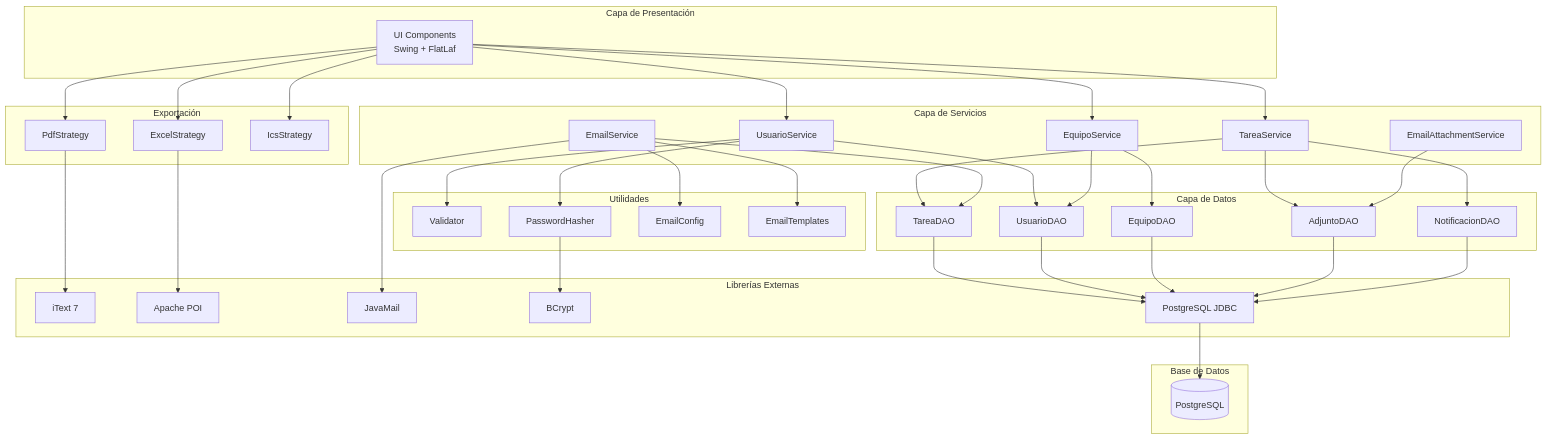
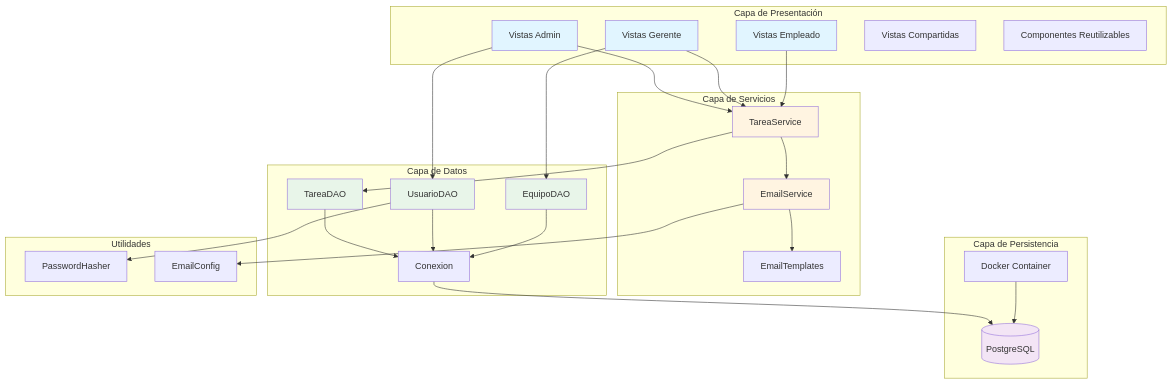
Before and after one commit to NandOwO/appTareas: the eighth of 8 diagrams in docs/DIAGRAMAS_UML.md, drawn with Mermaid. The commit also changed other lines of this file and 33 other files, not shown here.

````diff
--- a/docs/DIAGRAMAS_UML.md
+++ b/docs/DIAGRAMAS_UML.md
@@ -402,81 +393,65 @@
 ```mermaid
 graph TB
     subgraph "Capa de Presentación"
-        UI[UI Components<br/>Swing + FlatLaf]
+        UI_ADMIN[Vistas Admin]
+        UI_GERENTE[Vistas Gerente]
+        UI_EMPLEADO[Vistas Empleado]
+        UI_SHARED[Vistas Compartidas]
+        COMPONENTS[Componentes Reutilizables]
     end
     
     subgraph "Capa de Servicios"
-        TS[TareaService]
-        US[UsuarioService]
-        ES_SVC[EquipoService]
-        EMAIL[EmailService]
-        ATTACH[EmailAttachmentService]
+        TAREA_SERVICE[TareaService]
+        EMAIL_SERVICE[EmailService]
+        EMAIL_TEMPLATES[EmailTemplates]
     end
     
     subgraph "Capa de Datos"
-        TD[TareaDAO]
-        UD[UsuarioDAO]
-        ED[EquipoDAO]
-        AD[AdjuntoDAO]
-        ND[NotificacionDAO]
+        TAREA_DAO[TareaDAO]
+        USUARIO_DAO[UsuarioDAO]
+        EQUIPO_DAO[EquipoDAO]
+        CONEXION[Conexion]
+    end
+    
+    subgraph "Capa de Persistencia"
+        POSTGRES[(PostgreSQL)]
+        DOCKER[Docker Container]
     end
     
     subgraph "Utilidades"
-        VAL[Validator]
-        HASH[PasswordHasher]
-        CONF[EmailConfig]
-        TEMP[EmailTemplates]
+        PASSWORD_HASHER[PasswordHasher]
+        EMAIL_CONFIG[EmailConfig]
     end
     
-    subgraph "Exportación"
-        PDF[PdfStrategy]
-        EXCEL[ExcelStrategy]
-        ICS[IcsStrategy]
-    end
+    UI_ADMIN --> TAREA_SERVICE
+    UI_GERENTE --> TAREA_SERVICE
+    UI_EMPLEADO --> TAREA_SERVICE
     
-    subgraph "Librerías Externas"
-        ITEXT[iText 7]
-        POI[Apache POI]
-        MAIL[JavaMail]
-        BCRYPT[BCrypt]
-        POSTGRES[PostgreSQL JDBC]
-    end
+    UI_ADMIN --> USUARIO_DAO
+    UI_GERENTE --> EQUIPO_DAO
     
-    subgraph "Base de Datos"
-        DB[(PostgreSQL)]
-    end
+    TAREA_SERVICE --> TAREA_DAO
+    TAREA_SERVICE --> EMAIL_SERVICE
     
-    UI --> TS
-    UI --> US
-    UI --> ES_SVC
-    UI --> PDF
-    UI --> EXCEL
-    UI --> ICS
+    EMAIL_SERVICE --> EMAIL_TEMPLATES
+    EMAIL_SERVICE --> EMAIL_CONFIG
     
-    TS --> TD
-    TS --> ND
-    TS --> AD
-    US --> UD
-    ES_SVC --> ED
-    ES_SVC --> UD
-    EMAIL --> TD
-    ATTACH --> AD
+    TAREA_DAO --> CONEXION
+    USUARIO_DAO --> CONEXION
+    EQUIPO_DAO --> CONEXION
     
-    TD --> POSTGRES
-    UD --> POSTGRES
-    ED --> POSTGRES
-    AD --> POSTGRES
-    ND --> POSTGRES
+    USUARIO_DAO --> PASSWORD_HASHER
     
-    POSTGRES --> DB
+    CONEXION --> POSTGRES
+    DOCKER --> POSTGRES
     
-    US --> VAL
-    US --> HASH
-    EMAIL --> CONF
-    EMAIL --> TEMP
-    
-    PDF --> ITEXT
-    EXCEL --> POI
-    EMAIL --> MAIL
-    HASH --> BCRYPT
+    style UI_ADMIN fill:#e1f5ff
+    style UI_GERENTE fill:#e1f5ff
+    style UI_EMPLEADO fill:#e1f5ff
+    style TAREA_SERVICE fill:#fff4e1
+    style EMAIL_SERVICE fill:#fff4e1
+    style TAREA_DAO fill:#e8f5e9
+    style USUARIO_DAO fill:#e8f5e9
+    style EQUIPO_DAO fill:#e8f5e9
+    style POSTGRES fill:#f3e5f5
 ```
````
